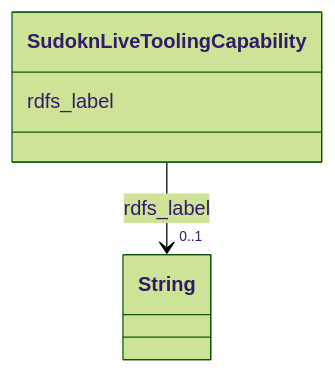
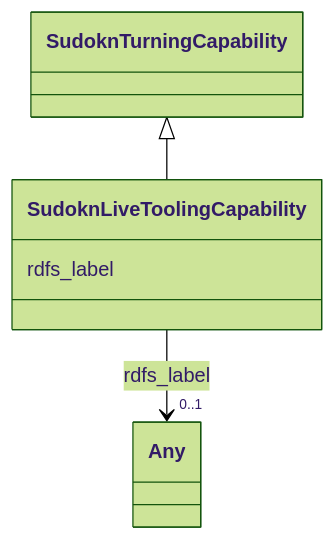
The diagram in sudokn-kg/classes/SudoknLiveToolingCapability.md (frink-okn/graph-descriptions), drawn with Mermaid (forest theme) before and after one commit. The commit also changed other lines of this file and 903 other files, not shown here.

````diff
--- a/sudokn-kg/classes/SudoknLiveToolingCapability.md
+++ b/sudokn-kg/classes/SudoknLiveToolingCapability.md
@@ -23,15 +18,18 @@
 ```mermaid
  classDiagram
     class SudoknLiveToolingCapability
     click SudoknLiveToolingCapability href "../SudoknLiveToolingCapability"
+      SudoknTurningCapability <|-- SudoknLiveToolingCapability
+        click SudoknTurningCapability href "../SudoknTurningCapability"
+      
       SudoknLiveToolingCapability : rdfs_label
         
           
     
     
-    SudoknLiveToolingCapability --> "0..1" String : rdfs_label
-    click String href "../String"
+    SudoknLiveToolingCapability --> "0..1" Any : rdfs_label
+    click Any href "../Any"
 
         
       
 ```
````
